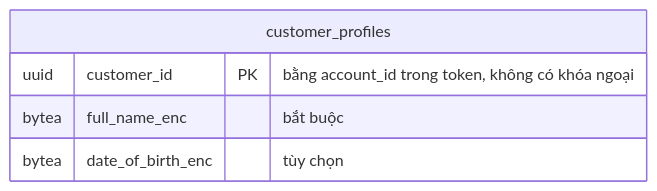
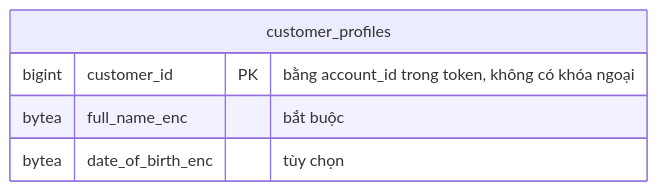
One commit to nghuuduc21/23699411_NguyenHuuDuc_CabSystem changed the second of 8 diagrams in docs/design/03-du-lieu.md. Above: the diagram before and after it, drawn with Mermaid. The commit also changed other lines of this file and 21 other files, not shown here.

````diff
--- a/docs/design/03-du-lieu.md
+++ b/docs/design/03-du-lieu.md
@@ -136,8 +146,8 @@
 ```mermaid
 erDiagram
   customer_profiles {
-    uuid customer_id PK "bằng account_id trong token, không có khóa ngoại"
+    bigint customer_id PK "bằng account_id trong token, không có khóa ngoại"
     bytea full_name_enc "bắt buộc"
     bytea date_of_birth_enc "tùy chọn"
   }
 ```
````
